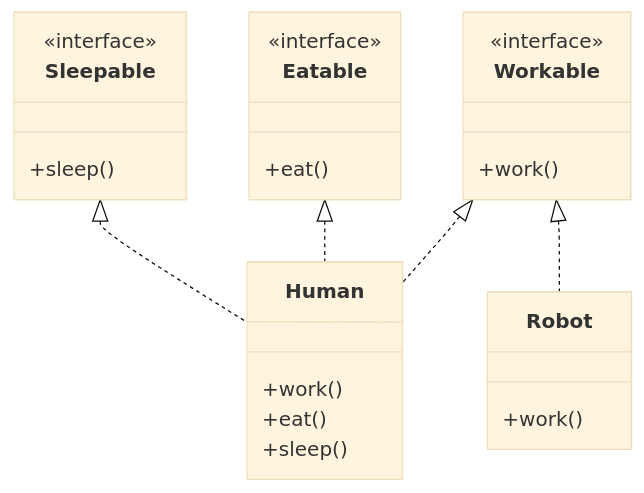
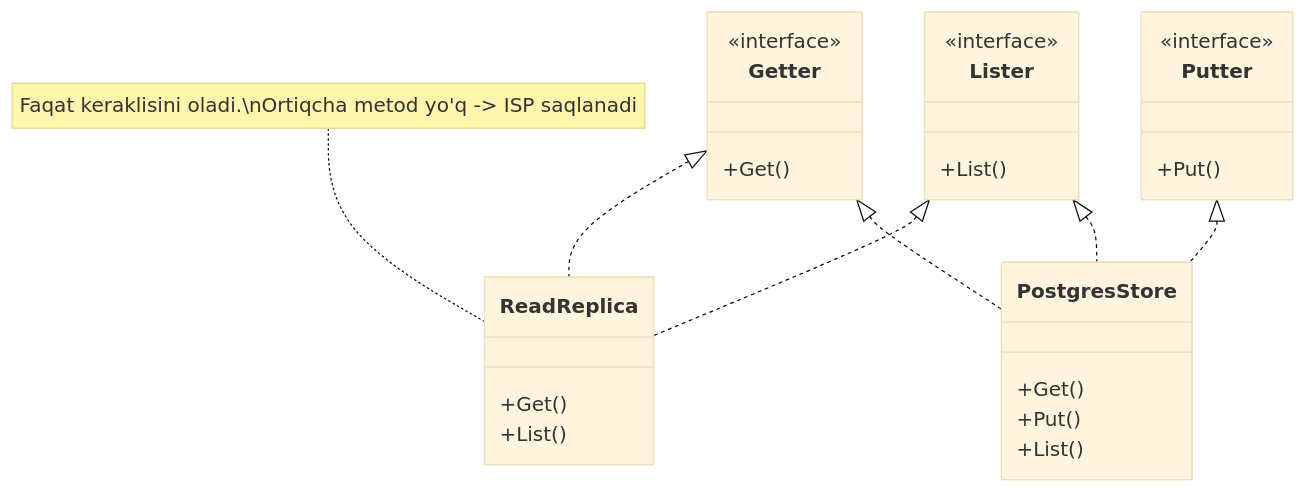
One commit to Otajonoov/dev changed the second of 2 diagrams in Patterns/1. Design Patterns/1. S.O.L.I.D/4. I.md. Above: the diagram before and after it, drawn with Mermaid (base theme). The commit also changed other lines of this file and 377 other files, not shown here.

````diff
--- a/Patterns/1. Design Patterns/1. S.O.L.I.D/4. I.md
+++ b/Patterns/1. Design Patterns/1. S.O.L.I.D/4. I.md
@@ -105,27 +270,30 @@
 ```mermaid
 classDiagram
-    class Workable {
+    class Getter {
         <<interface>>
-        +work()
+        +Get()
     }
-    class Eatable {
+    class Putter {
         <<interface>>
-        +eat()
+        +Put()
     }
-    class Sleepable {
+    class Lister {
         <<interface>>
-        +sleep()
+        +List()
     }
-    class Human {
-        +work()
-        +eat()
-        +sleep()
+    class ReadReplica {
+        +Get()
+        +List()
     }
-    class Robot {
-        +work()
+    class PostgresStore {
+        +Get()
+        +Put()
+        +List()
     }
-    Workable <|.. Human
-    Eatable <|.. Human
-    Sleepable <|.. Human
-    Workable <|.. Robot
+    Getter <|.. ReadReplica
+    Lister <|.. ReadReplica
+    Getter <|.. PostgresStore
+    Putter <|.. PostgresStore
+    Lister <|.. PostgresStore
+    note for ReadReplica "Faqat keraklisini oladi.\nOrtiqcha metod yo'q -> ISP saqlanadi"
 ```
````
